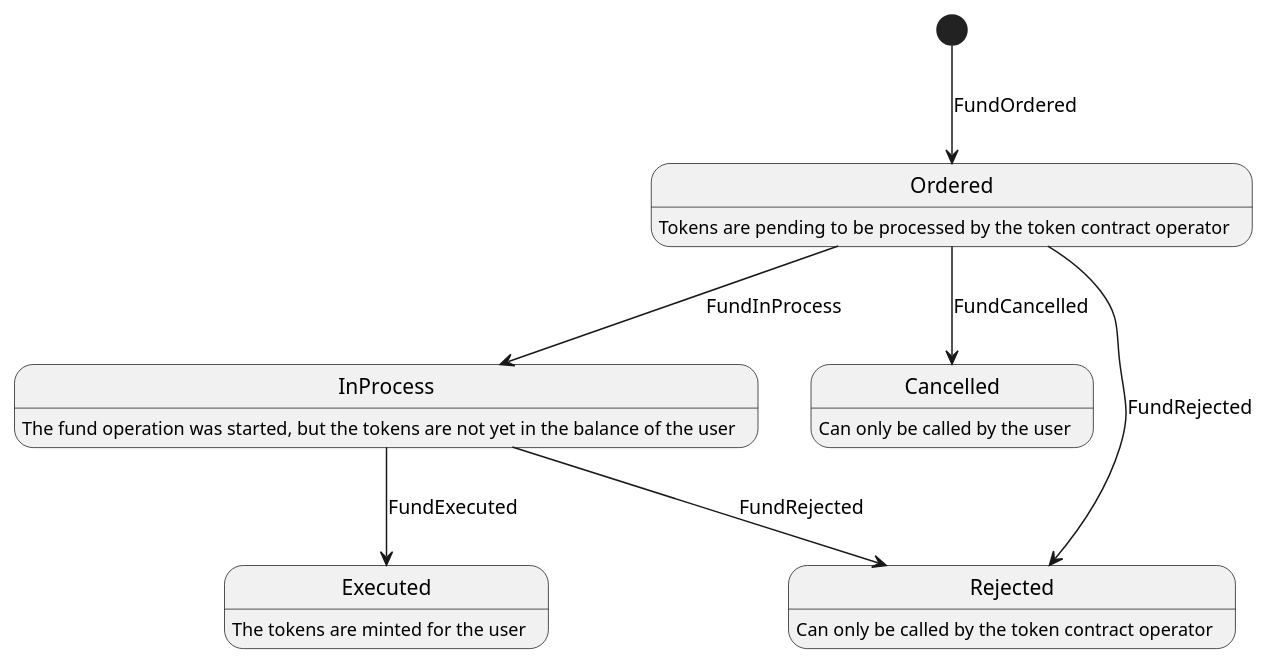
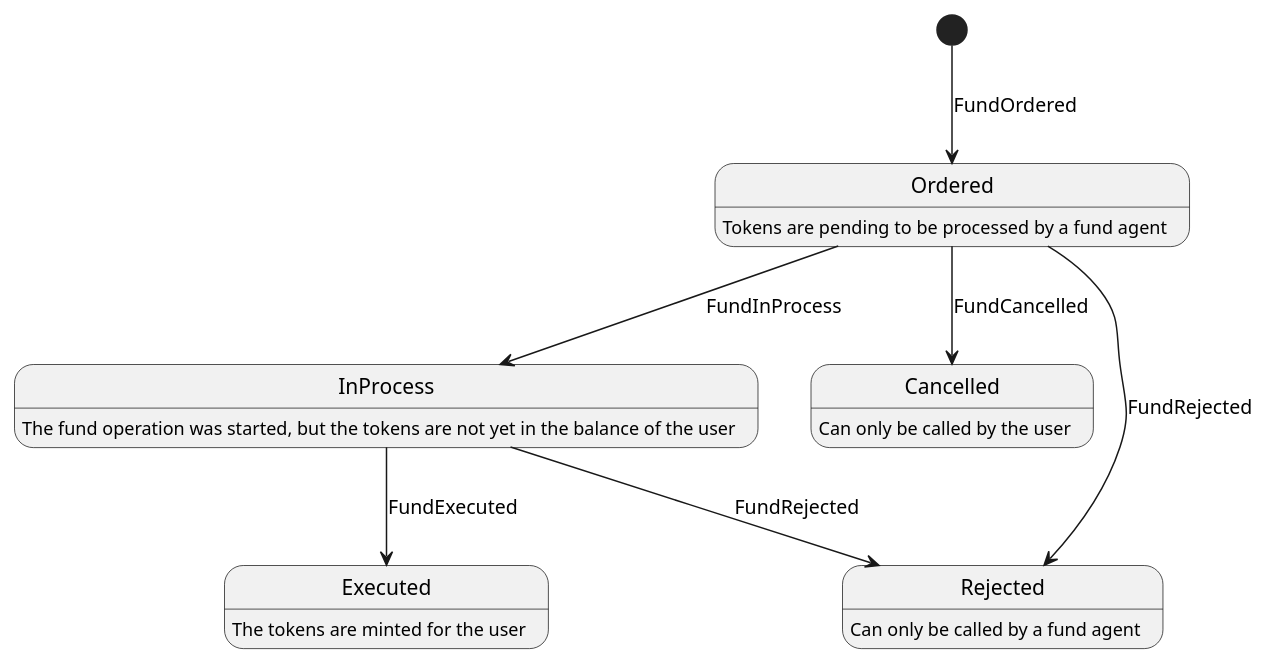
Before and after one commit to IoBuilders/fundable-token: the diagram in diagrams/state_diagram.puml, drawn with PlantUML. The commit also changed 10 other files, not shown here.

Commit message:
added fund agent role instead of single token operator

```diff
--- a/diagrams/state_diagram.puml
+++ b/diagrams/state_diagram.puml
@@ -1,13 +1,13 @@
 @startuml
 [*] --> Ordered: FundOrdered
 Ordered --> InProcess: FundInProcess
-Ordered: Tokens are pending to be processed by the token contract operator
+Ordered: Tokens are pending to be processed by a fund agent
 InProcess: The fund operation was started, but the tokens are not yet in the balance of the user
 InProcess --> Executed: FundExecuted
 Executed: The tokens are minted for the user
 Ordered --> Cancelled: FundCancelled
 Cancelled: Can only be called by the user
 Ordered --> Rejected: FundRejected
 InProcess --> Rejected: FundRejected
-Rejected: Can only be called by the token contract operator
+Rejected: Can only be called by a fund agent
 @enduml
```
